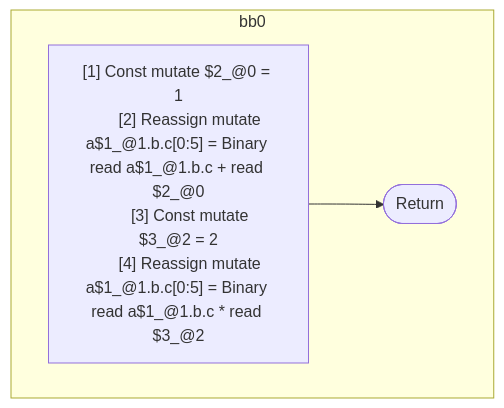
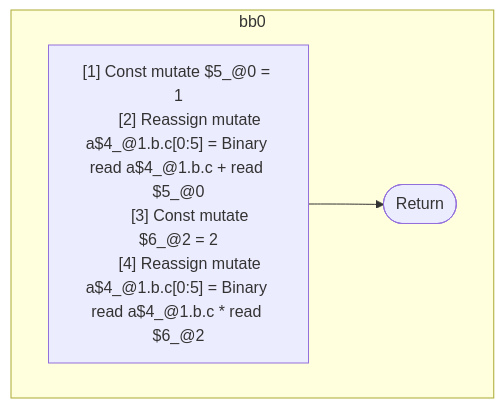
One commit to wutsmog/private changed the second of 2 diagrams in compiler/forget/src/__tests__/fixtures/hir/assignment-variations.expect.md. Above: the diagram before and after it, drawn with Mermaid. The commit also changed other lines of this file and 59 other files, not shown here.

````diff
--- a/compiler/forget/src/__tests__/fixtures/hir/assignment-variations.expect.md
+++ b/compiler/forget/src/__tests__/fixtures/hir/assignment-variations.expect.md
@@ -79,16 +79,16 @@
 ```mermaid
 flowchart TB
   %% Basic Blocks
   subgraph bb0
     bb0_instrs["
-      [1] Const mutate $2_@0 = 1
-      [2] Reassign mutate a$1_@1.b.c[0:5] = Binary read a$1_@1.b.c + read $2_@0
-      [3] Const mutate $3_@2 = 2
-      [4] Reassign mutate a$1_@1.b.c[0:5] = Binary read a$1_@1.b.c * read $3_@2
+      [1] Const mutate $5_@0 = 1
+      [2] Reassign mutate a$4_@1.b.c[0:5] = Binary read a$4_@1.b.c + read $5_@0
+      [3] Const mutate $6_@2 = 2
+      [4] Reassign mutate a$4_@1.b.c[0:5] = Binary read a$4_@1.b.c * read $6_@2
     "]
     bb0_instrs --> bb0_terminal(["Return"])
   end
 
   %% Jumps
   %% empty
 ```
````
